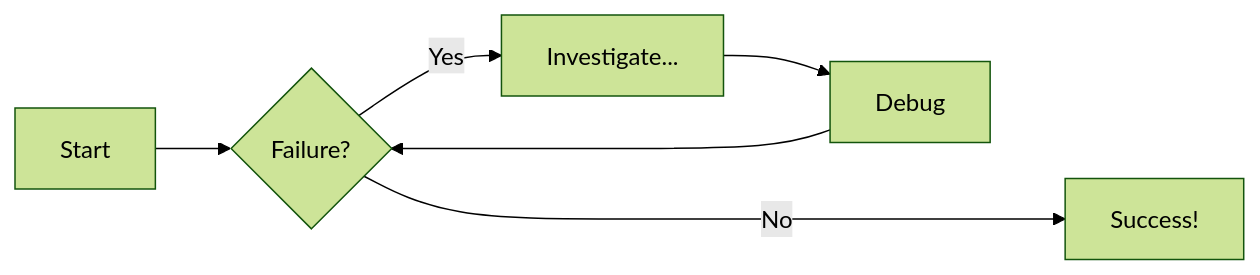
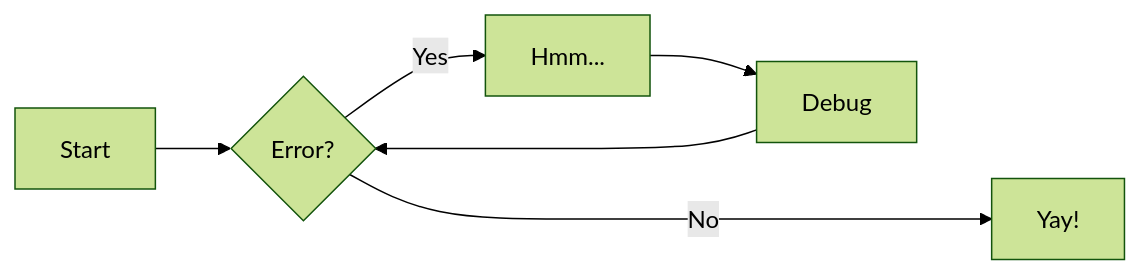
One commit to Andrei77-7/mkdocsmat changed the first of 5 diagrams in docs/diagram-examples.md. Above: the diagram before and after it, drawn with Mermaid (forest theme). The commit also changed other lines of this file and 7 other files, not shown here.

````diff
--- a/docs/diagram-examples.md
+++ b/docs/diagram-examples.md
@@ -5,8 +5,8 @@
-```mermaid
+``` mermaid
 graph LR
-  A[Start] --> B{Failure?};
-  B -->|Yes| C[Investigate...];
+  A[Start] --> B{Error?};
+  B -->|Yes| C[Hmm...];
   C --> D[Debug];
   D --> B;
-  B ---->|No| E[Success!];
+  B ---->|No| E[Yay!];
 ```
````
